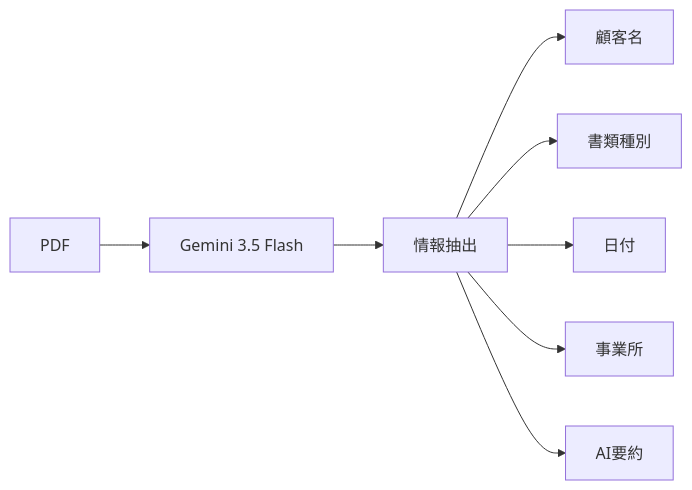
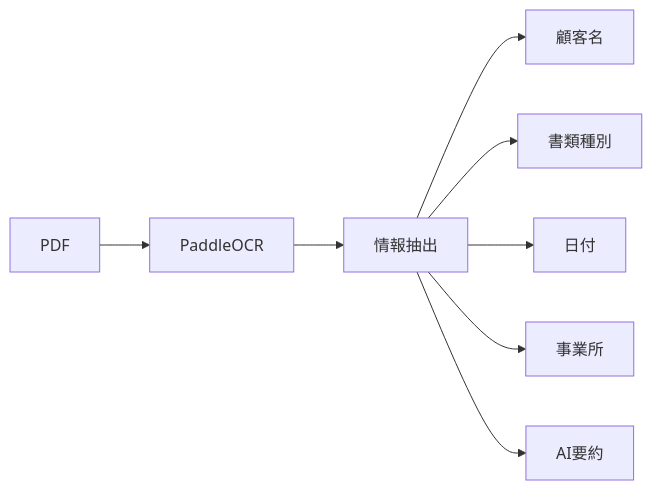
Before and after one commit to yasushi-honda/doc-split: the fourth of 5 diagrams in docs/overview.md, drawn with Mermaid. The commit also changed other lines of this file and 16 other files, not shown here.

````diff
--- a/docs/overview.md
+++ b/docs/overview.md
@@ -55,10 +55,10 @@
 ```mermaid
 flowchart LR
-    PDF["PDF"] --> Gemini["Gemini 3.5 Flash"]
-    Gemini --> Extract["情報抽出"]
+    PDF["PDF"] --> OCR["PaddleOCR"]
+    OCR --> Extract["情報抽出"]
     Extract --> Customer["顧客名"]
     Extract --> DocType["書類種別"]
     Extract --> Date["日付"]
     Extract --> Office["事業所"]
     Extract --> Summary["AI要約"]
 ```
````
